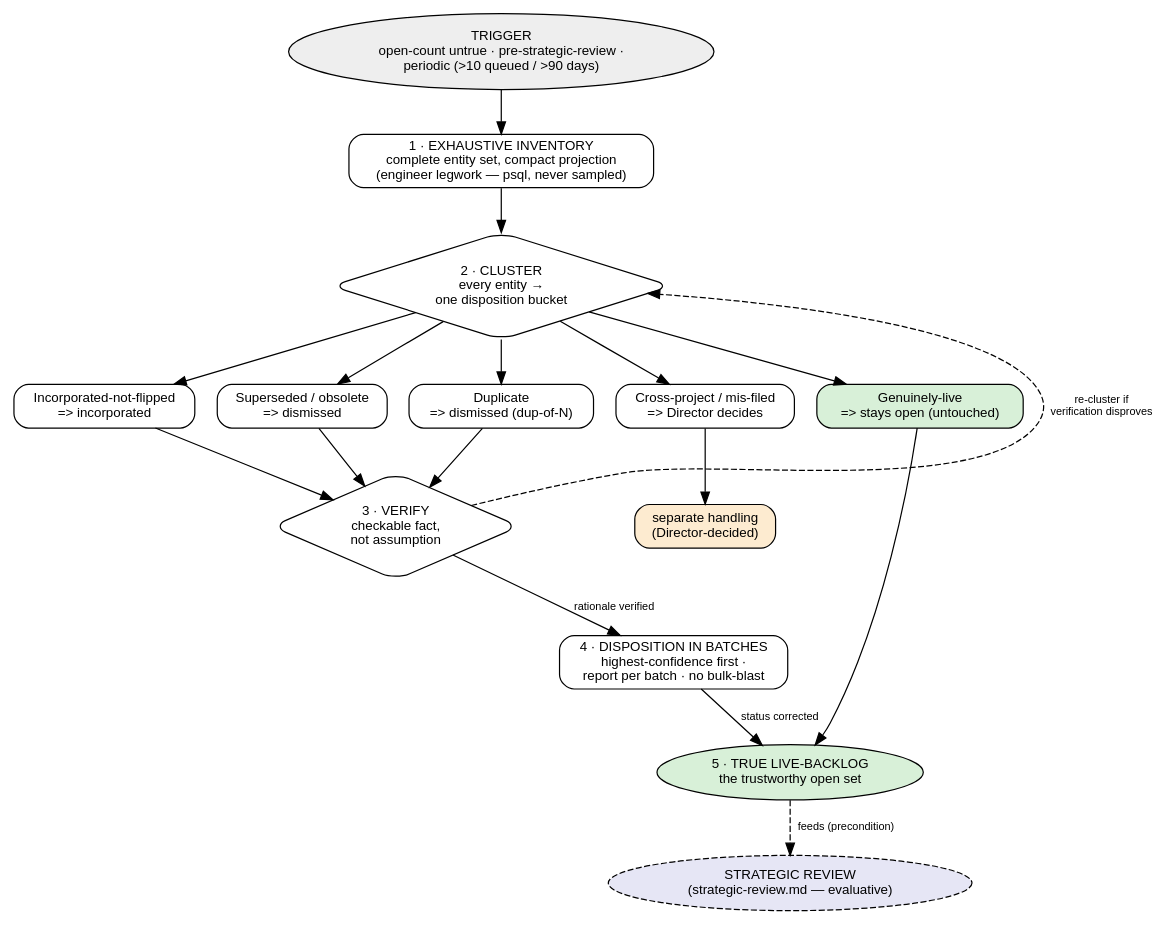
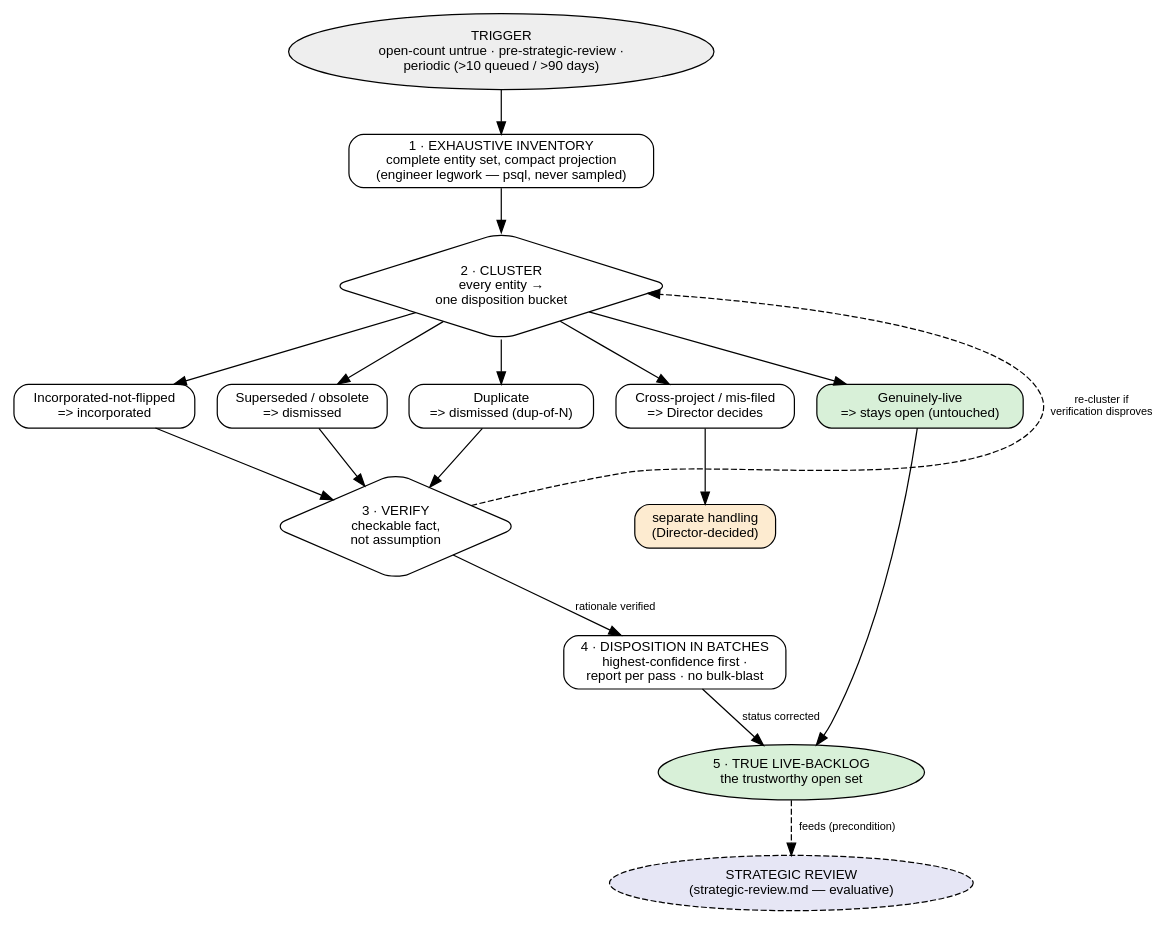
One commit to apnex-org/agentic-network changed the diagram in docs/methodology/ledger-reconciliation.md. Above: the diagram before and after it, drawn with Graphviz. The commit also changed other lines of this file and 1 other file, not shown here.

````diff
--- a/docs/methodology/ledger-reconciliation.md
+++ b/docs/methodology/ledger-reconciliation.md
@@ -56,55 +57,55 @@
 ```dot
 digraph ledger_reconciliation {
   rankdir=TB;
   node [shape=box, style=rounded, fontname="Helvetica", fontsize=11];
   edge [fontname="Helvetica", fontsize=9];
 
   trigger   [shape=oval, style=filled, fillcolor="#eeeeee",
              label="TRIGGER\nopen-count untrue · pre-strategic-review ·\nperiodic (>10 queued / >90 days)"];
 
   inventory [label="1 · EXHAUSTIVE INVENTORY\ncomplete entity set, compact projection\n(engineer legwork — psql, never sampled)"];
   cluster   [shape=diamond,
              label="2 · CLUSTER\nevery entity →\none disposition bucket"];
 
   b_incorp  [label="Incorporated-not-flipped\n=> incorporated"];
   b_obs     [label="Superseded / obsolete\n=> dismissed"];
   b_dup     [label="Duplicate\n=> dismissed (dup-of-N)"];
   b_xproj   [label="Cross-project / mis-filed\n=> Director decides"];
   b_live    [style="rounded,filled", fillcolor="#d8f0d8",
              label="Genuinely-live\n=> stays open (untouched)"];
 
   verify    [shape=diamond,
              label="3 · VERIFY\ncheckable fact,\nnot assumption"];
-  batch     [label="4 · DISPOSITION IN BATCHES\nhighest-confidence first ·\nreport per batch · no bulk-blast"];
+  batch     [label="4 · DISPOSITION IN BATCHES\nhighest-confidence first ·\nreport per pass · no bulk-blast"];
 
   director  [style="rounded,filled", fillcolor="#fdebd0",
              label="separate handling\n(Director-decided)"];
   output    [shape=oval, style=filled, fillcolor="#d8f0d8",
              label="5 · TRUE LIVE-BACKLOG\nthe trustworthy open set"];
   review    [shape=oval, style="filled,dashed", fillcolor="#e6e6f5",
              label="STRATEGIC REVIEW\n(strategic-review.md — evaluative)"];
 
   { rank=same; b_incorp; b_obs; b_dup; b_xproj; b_live; }
 
   trigger -> inventory -> cluster;
 
   cluster -> b_incorp;
   cluster -> b_obs;
   cluster -> b_dup;
   cluster -> b_xproj;
   cluster -> b_live;
 
   b_incorp -> verify;
   b_obs    -> verify;
   b_dup    -> verify;
   b_xproj  -> director;
   b_live   -> output;
 
   verify -> batch   [label="rationale verified"];
   verify -> cluster [label="re-cluster if\nverification disproves",
                      style=dashed, constraint=false];
 
   batch  -> output  [label="status corrected"];
   output -> review  [label="feeds (precondition)", style=dashed];
 }
 ```
````
